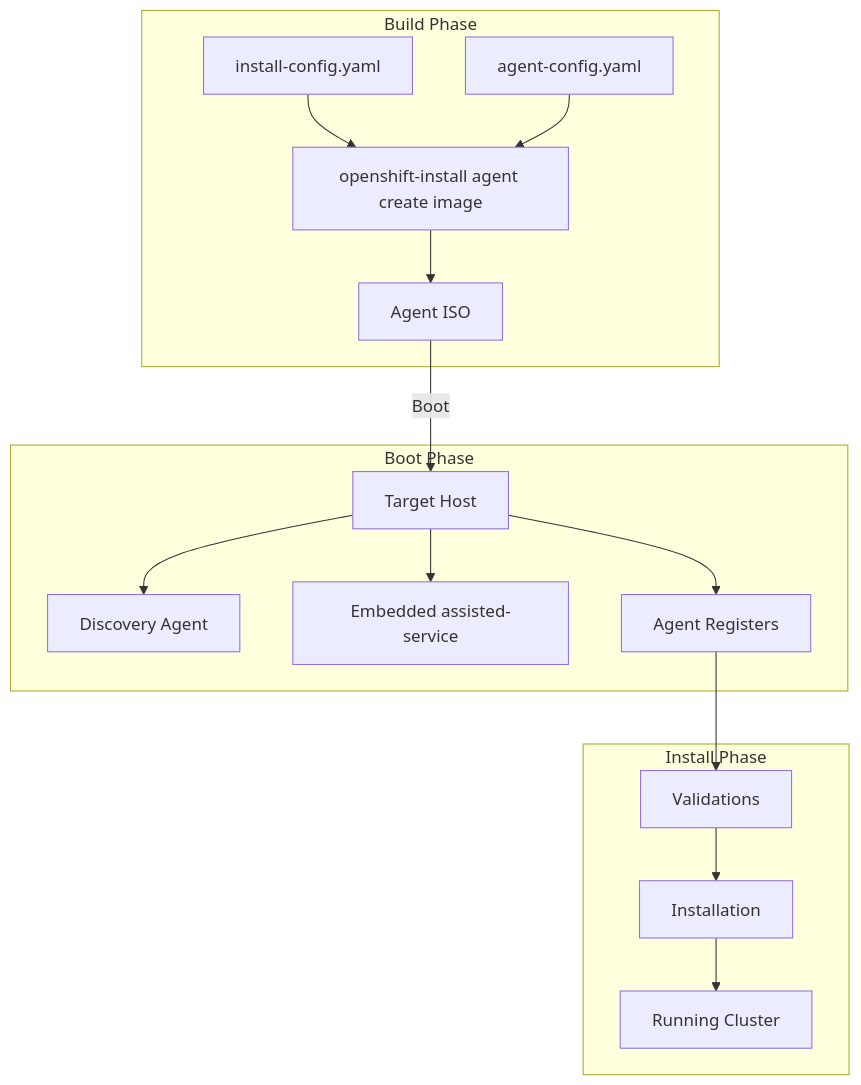
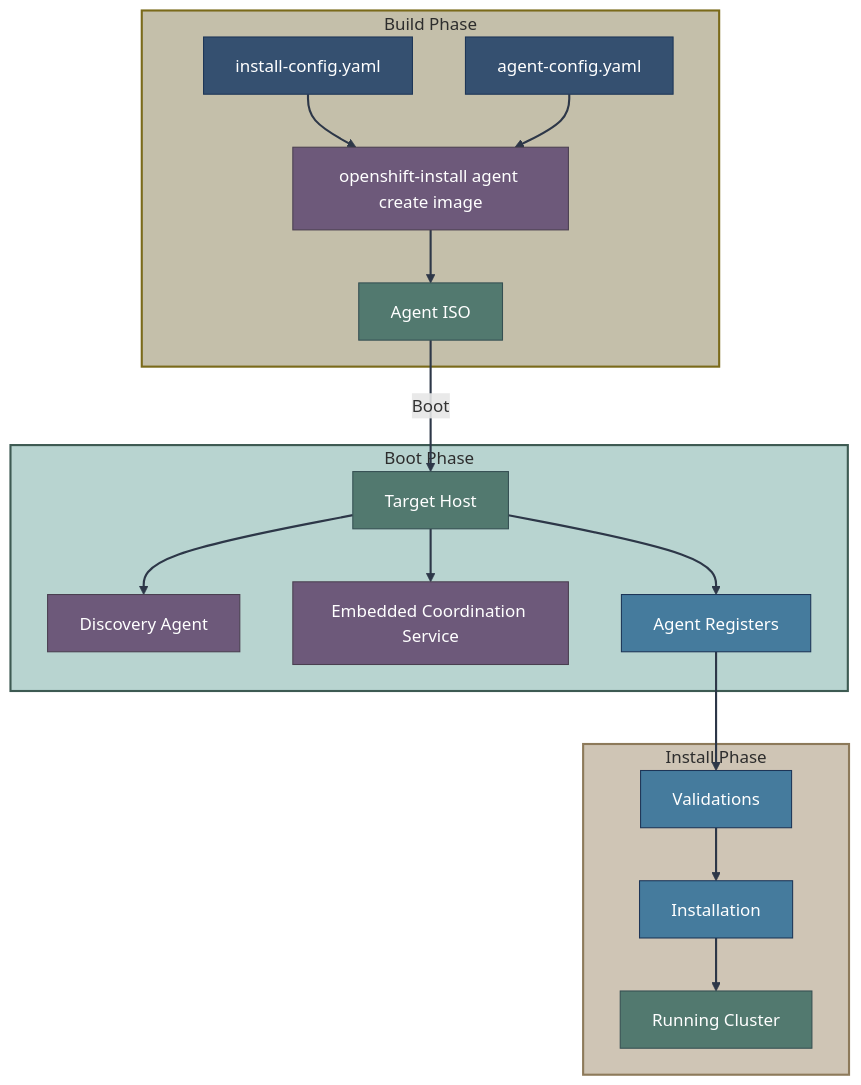
One commit to zszabo-rh/openshift-install-guide changed the first of 4 diagrams in 03-assisted-installation/abi.md. Above: the diagram before and after it, drawn with Mermaid. The commit also changed other lines of this file and 16 other files, not shown here.

Commit message:
improved diagram style

````diff
--- a/03-assisted-installation/abi.md
+++ b/03-assisted-installation/abi.md
@@ -7,26 +7,44 @@
 ```mermaid
 graph TB
-    subgraph "Build Phase"
+    subgraph build["Build Phase"]
         IC[install-config.yaml]
         AC[agent-config.yaml]
         CMD[openshift-install agent create image]
         ISO[Agent ISO]
         
         IC --> CMD
         AC --> CMD
         CMD --> ISO
     end
     
-    subgraph "Boot Phase"
+    subgraph boot["Boot Phase"]
         ISO -->|Boot| HOST[Target Host]
         HOST --> AGENT[Discovery Agent]
-        HOST --> SERVICE[Embedded assisted-service]
+        HOST --> SERVICE[Embedded Coordination Service]
         HOST --> REGISTER[Agent Registers]
     end
     
-    subgraph "Install Phase"
+    subgraph install["Install Phase"]
         REGISTER --> VALIDATE[Validations]
         VALIDATE --> INSTALL[Installation]
         INSTALL --> CLUSTER[Running Cluster]
     end
+    
+    style IC fill:#355070,stroke:#1d3557,color:#fff
+    style AC fill:#355070,stroke:#1d3557,color:#fff
+    style CMD fill:#6d597a,stroke:#4a3f50,color:#fff
+    style ISO fill:#52796f,stroke:#354f52,color:#fff
+    style HOST fill:#52796f,stroke:#354f52,color:#fff
+    style AGENT fill:#6d597a,stroke:#4a3f50,color:#fff
+    style SERVICE fill:#6d597a,stroke:#4a3f50,color:#fff
+    style REGISTER fill:#457b9d,stroke:#1d3557,color:#fff
+    style VALIDATE fill:#457b9d,stroke:#1d3557,color:#fff
+    style INSTALL fill:#457b9d,stroke:#1d3557,color:#fff
+    style CLUSTER fill:#52796f,stroke:#354f52,color:#fff
+    
+    style build fill:#c4bfaa,stroke:#7a6a1a,stroke-width:2px,color:#2d2d2d
+    style boot fill:#b8d4d0,stroke:#3d5a52,stroke-width:2px,color:#2d2d2d
+    style install fill:#cfc5b5,stroke:#8d7a5a,stroke-width:2px,color:#2d2d2d
+    
+    linkStyle default stroke:#2d3748,stroke-width:2px
 ```
````
